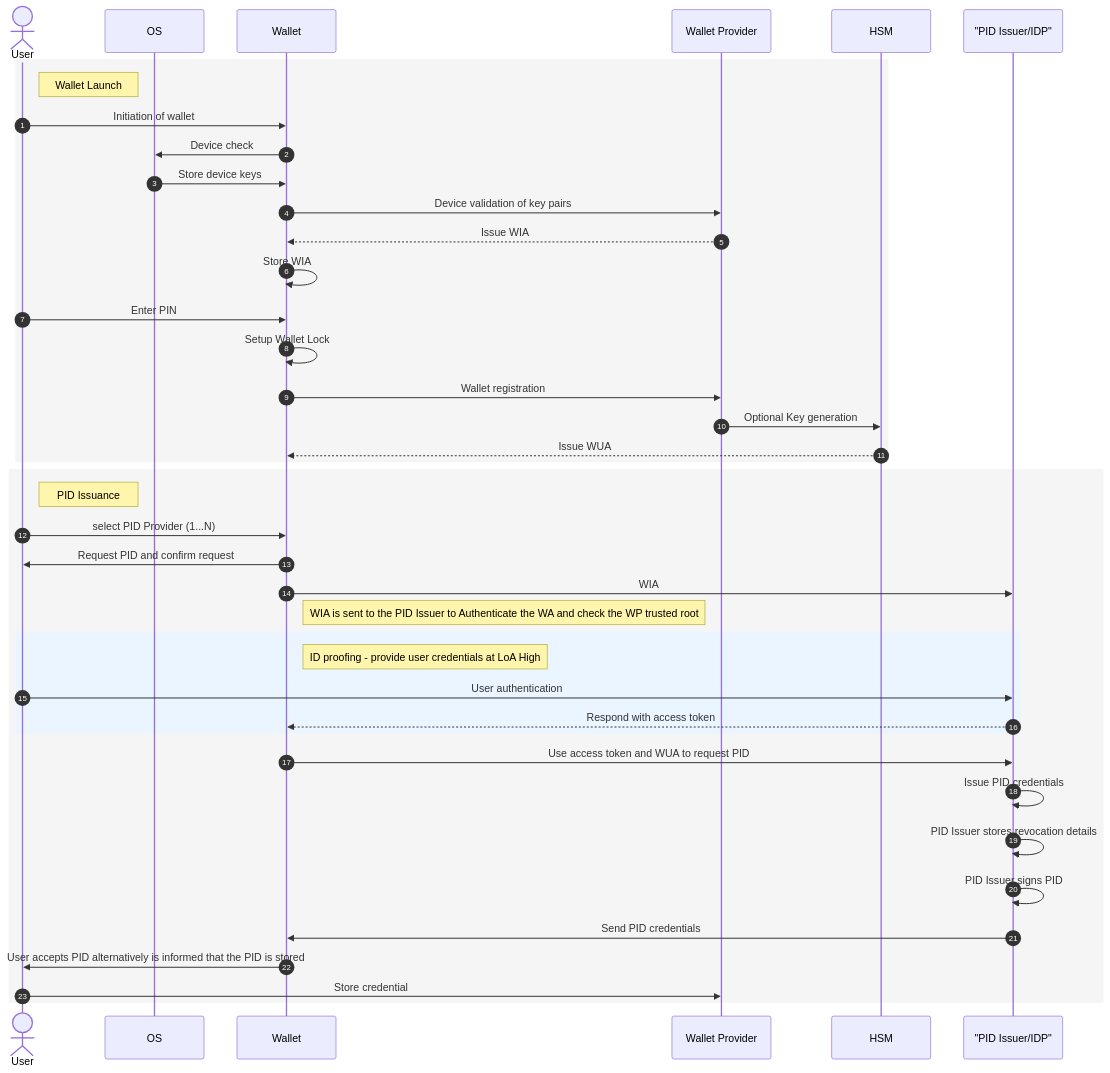
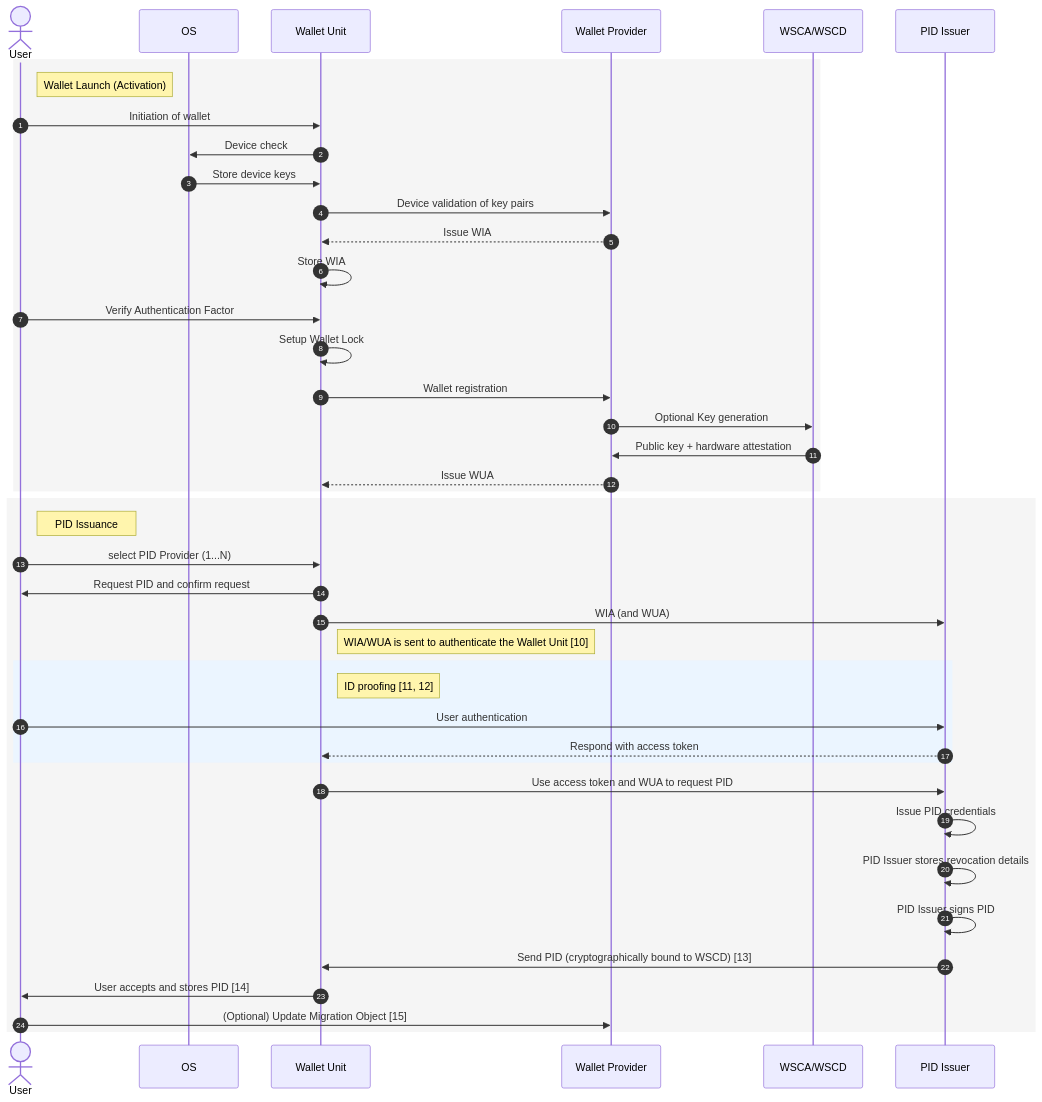
The third of 3 diagrams in blueprint/04-integration-model.md (webuild-consortium/wp4-architecture), drawn with Mermaid before and after one commit. The commit also changed other lines of this file, not shown here.

````diff
--- a/blueprint/04-integration-model.md
+++ b/blueprint/04-integration-model.md
@@ -87,47 +87,48 @@
 ```mermaid
 sequenceDiagram
     autonumber
     actor User as User
     participant OS as OS
-    participant Wallet as Wallet
+    participant Wallet as Wallet Unit
     participant WalletProvider as Wallet Provider
-    participant HSM as HSM
-    participant PIDIssuer as "PID Issuer/IDP"
+    participant WSCD as WSCA/WSCD
+    participant PIDIssuer as PID Issuer
 
 rect rgb(245,245,245)
-  Note right of User: Wallet Launch
+  Note right of User: Wallet Launch (Activation)
     User->>Wallet: Initiation of wallet
     Wallet->>OS: Device check
     OS->>Wallet: Store device keys
     Wallet->>WalletProvider: Device validation of key pairs
     WalletProvider-->>Wallet: Issue WIA
     Wallet->>Wallet: Store WIA
-    User->>Wallet: Enter PIN
+    User->>Wallet: Verify Authentication Factor
     Wallet->>Wallet: Setup Wallet Lock
     Wallet->>WalletProvider: Wallet registration
-    WalletProvider->>HSM: Optional Key generation
-    HSM-->>Wallet: Issue WUA
+    WalletProvider->>WSCD: Optional Key generation
+    WSCD->>WalletProvider:Public key + hardware attestation
+    WalletProvider-->>Wallet: Issue WUA
 end
 
 rect rgb(245,245,245)
     Note right of User: PID Issuance
     User->>Wallet: select PID Provider (1...N)
     Wallet->>User: Request PID and confirm request
-    Wallet->>PIDIssuer: WIA
-    Note right of Wallet: WIA is sent to the PID Issuer to Authenticate the WA and check the WP trusted root
+    Wallet->>PIDIssuer: WIA (and WUA)
+    Note right of Wallet: WIA/WUA is sent to authenticate the Wallet Unit [10]
 
     rect rgb(235,245,255)
-        Note right of Wallet: ID proofing - provide user credentials at LoA High
+        Note right of Wallet: ID proofing [11, 12]
         User->>PIDIssuer: User authentication
         PIDIssuer-->>Wallet: Respond with access token
     end
 
     Wallet->>PIDIssuer: Use access token and WUA to request PID
     PIDIssuer->>PIDIssuer: Issue PID credentials
     PIDIssuer->>PIDIssuer: PID Issuer stores revocation details
     PIDIssuer->>PIDIssuer: PID Issuer signs PID
-    PIDIssuer->>Wallet: Send PID credentials
-    Wallet->>User: User accepts PID alternatively is informed that the PID is stored
-    User->>WalletProvider: Store credential
+    PIDIssuer->>Wallet: Send PID (cryptographically bound to WSCD) [13]
+    Wallet->>User: User accepts and stores PID [14]
+    User->>WalletProvider: (Optional) Update Migration Object [15]
 end
 ```
````
